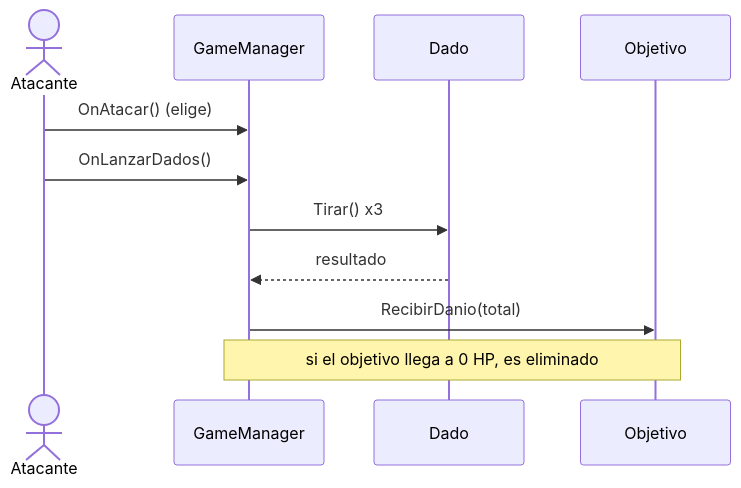
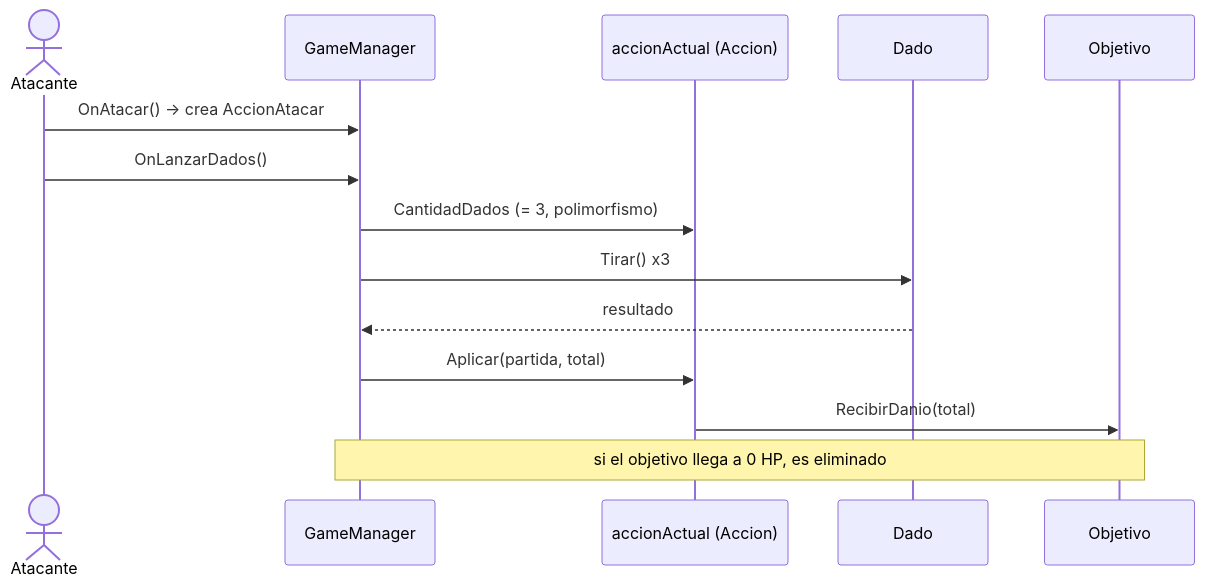
The third of 5 diagrams in UML.md (wackxion/MONATAC), drawn with Mermaid before and after one commit. The commit also changed 3 other files, not shown here.

````diff
--- a/UML.md
+++ b/UML.md
@@ -217,13 +217,16 @@
 ```mermaid
 sequenceDiagram
     actor J as Atacante
     participant T as GameManager
+    participant A as accionActual (Accion)
     participant D as Dado
     participant O as Objetivo
-    J->>T: OnAtacar() (elige)
+    J->>T: OnAtacar() → crea AccionAtacar
     J->>T: OnLanzarDados()
+    T->>A: CantidadDados (= 3, polimorfismo)
     T->>D: Tirar() x3
     D-->>T: resultado
-    T->>O: RecibirDanio(total)
+    T->>A: Aplicar(partida, total)
+    A->>O: RecibirDanio(total)
     Note over T,O: si el objetivo llega a 0 HP, es eliminado
 ```
````
